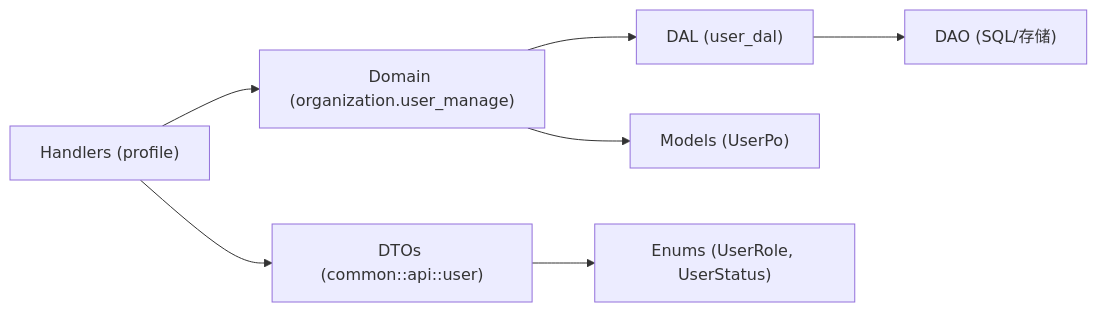
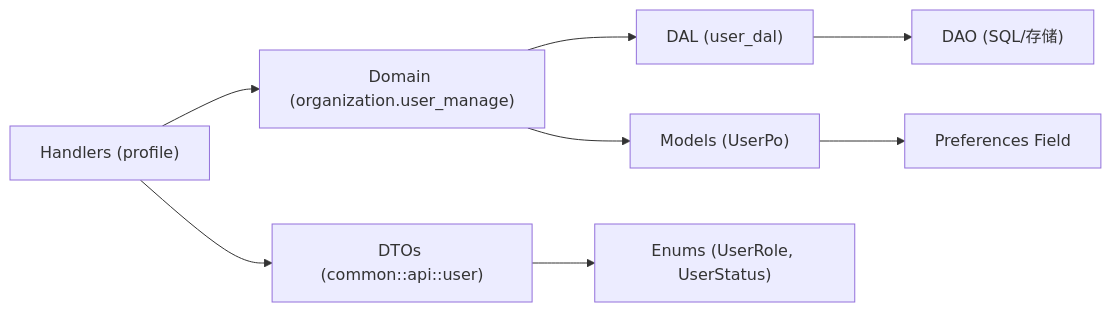
The sixth of 7 diagrams in .qoder/repowiki/zh/content/API 参考/RESTful API/用户管理模块 API.md (runningcoders/ai_orz), drawn with Mermaid before and after one commit. The commit also changed other lines of this file and 5 other files, not shown here.

````diff
--- a/.qoder/repowiki/zh/content/API 参考/RESTful API/用户管理模块 API.md
+++ b/.qoder/repowiki/zh/content/API 参考/RESTful API/用户管理模块 API.md
@@ -253,9 +297,10 @@
 ```mermaid
 graph LR
 H["Handlers (profile)"] --> D["Domain (organization.user_manage)"]
 D --> L["DAL (user_dal)"]
 L --> S["DAO (SQL/存储)"]
 H --> DTO["DTOs (common::api::user)"]
 D --> M["Models (UserPo)"]
 DTO --> E["Enums (UserRole, UserStatus)"]
+M --> P["Preferences Field"]
 ```
````
